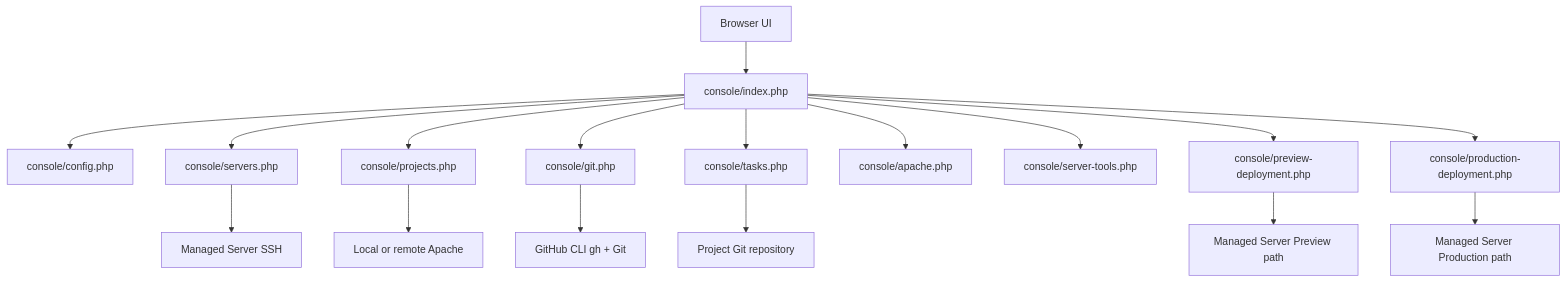
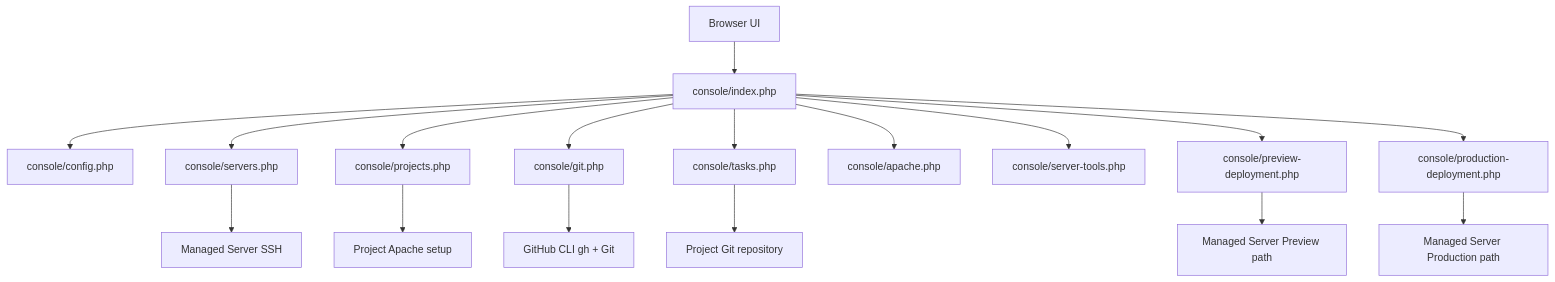
The first of 4 diagrams in docs/architecture.md (AK34cy/dev-console), drawn with Mermaid before and after one commit. The commit also changed other lines of this file and 15 other files, not shown here.

````diff
--- a/docs/architecture.md
+++ b/docs/architecture.md
@@ -11,20 +11,20 @@
 ```mermaid
 flowchart TD
     Browser["Browser UI"] --> Index["console/index.php"]
     Index --> Config["console/config.php"]
     Index --> Servers["console/servers.php"]
     Index --> Projects["console/projects.php"]
     Index --> Git["console/git.php"]
     Index --> Tasks["console/tasks.php"]
     Index --> Apache["console/apache.php"]
     Index --> Tools["console/server-tools.php"]
     Index --> Preview["console/preview-deployment.php"]
     Index --> Production["console/production-deployment.php"]
 
     Git --> GitHub["GitHub CLI gh + Git"]
-    Projects --> ApacheHost["Local or remote Apache"]
+    Projects --> ApacheHost["Project Apache setup"]
     Servers --> SSH["Managed Server SSH"]
     Preview --> RemotePreview["Managed Server Preview path"]
     Production --> RemoteProduction["Managed Server Production path"]
     Tasks --> ProjectRepo["Project Git repository"]
 ```
````
